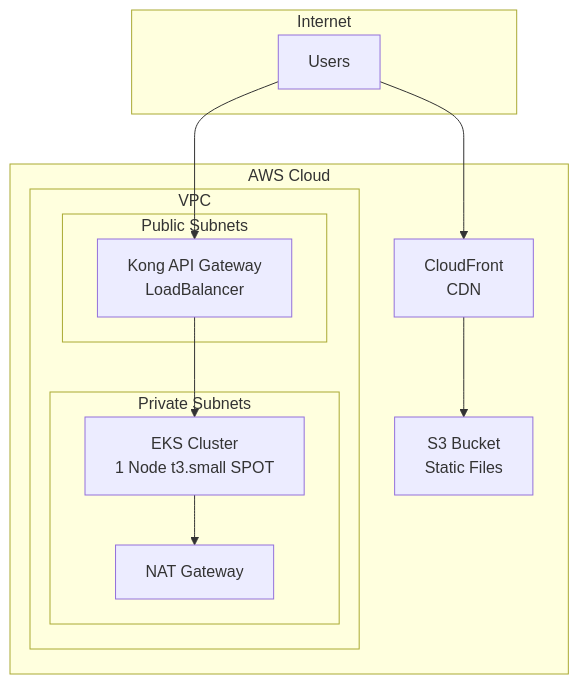
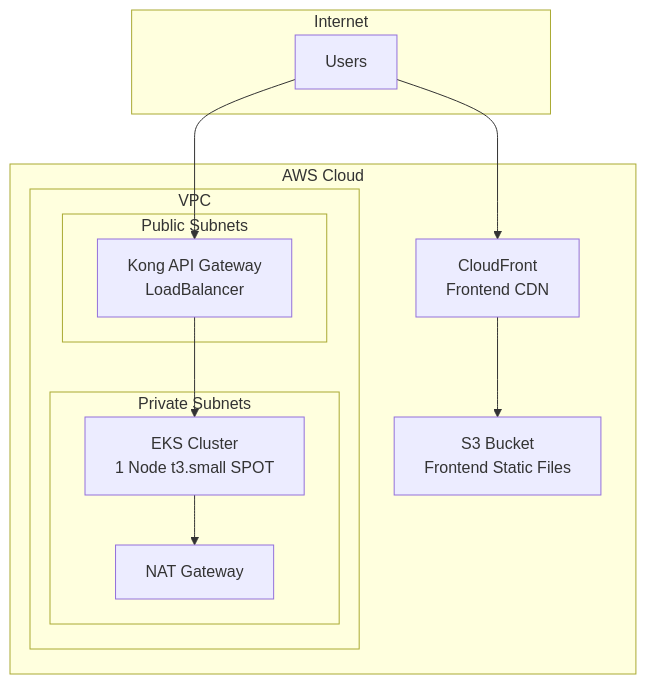
One commit to vishwaraja/farmers-market-infra changed the diagram in README.md. Above: the diagram before and after it, drawn with Mermaid. The commit also changed other lines of this file and 11 other files, not shown here.

First line of the commit message:
🎨 Add frontend integration with S3 + CloudFront

````diff
--- a/README.md
+++ b/README.md
@@ -27,28 +28,28 @@
 ```mermaid
 graph TB
     subgraph "Internet"
         U[Users]
     end
     
     subgraph "AWS Cloud"
         subgraph "VPC"
             subgraph "Public Subnets"
                 ALB[Kong API Gateway<br/>LoadBalancer]
             end
             
             subgraph "Private Subnets"
                 EKS[EKS Cluster<br/>1 Node t3.small SPOT]
                 NAT[NAT Gateway]
             end
         end
         
-        S3[S3 Bucket<br/>Static Files]
-        CF[CloudFront<br/>CDN]
+        S3[S3 Bucket<br/>Frontend Static Files]
+        CF[CloudFront<br/>Frontend CDN]
     end
     
     U --> CF
     U --> ALB
     CF --> S3
     ALB --> EKS
     EKS --> NAT
 ```
````
